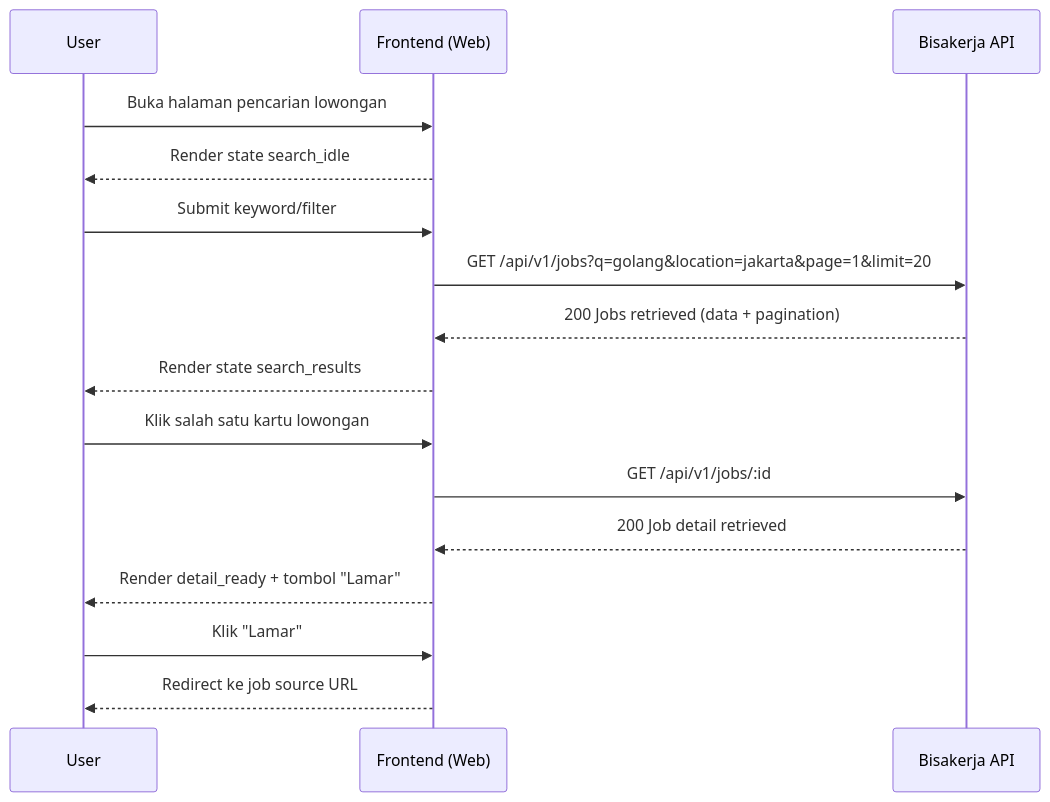
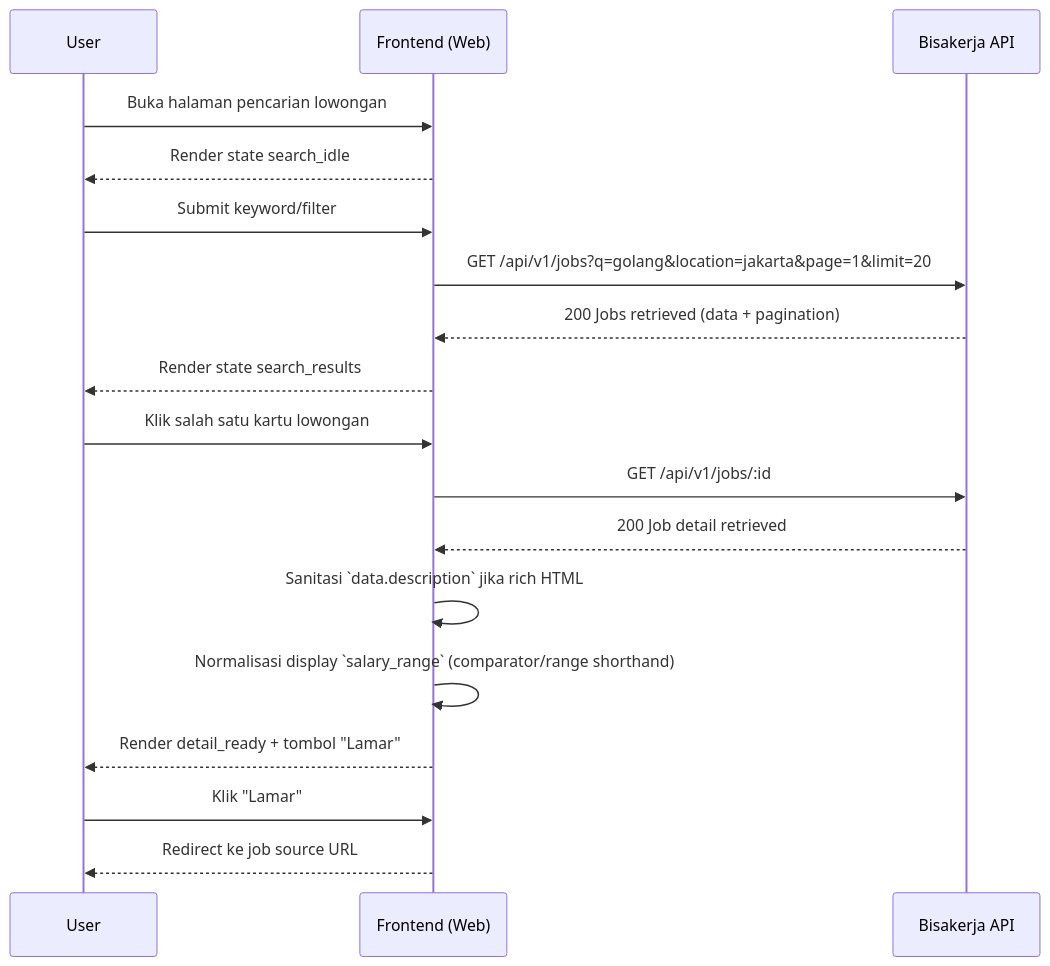
The first of 2 diagrams in docs/frontend/flows/discovery-flow.md (salmanabdurrahman/bisakerja.com), drawn with Mermaid before and after one commit. The commit also changed other lines of this file and 30 other files, not shown here.

First line of the commit message:
feat(jobs): add description sanitization and salary normalization

````diff
--- a/docs/frontend/flows/discovery-flow.md
+++ b/docs/frontend/flows/discovery-flow.md
@@ -9,22 +9,24 @@
 ```mermaid
 sequenceDiagram
   participant U as User
   participant FE as Frontend (Web)
   participant API as Bisakerja API
 
   U->>FE: Buka halaman pencarian lowongan
   FE-->>U: Render state search_idle
 
   U->>FE: Submit keyword/filter
   FE->>API: GET /api/v1/jobs?q=golang&location=jakarta&page=1&limit=20
   API-->>FE: 200 Jobs retrieved (data + pagination)
   FE-->>U: Render state search_results
 
   U->>FE: Klik salah satu kartu lowongan
   FE->>API: GET /api/v1/jobs/:id
   API-->>FE: 200 Job detail retrieved
+  FE->>FE: Sanitasi `data.description` jika rich HTML
+  FE->>FE: Normalisasi display `salary_range` (comparator/range shorthand)
   FE-->>U: Render detail_ready + tombol "Lamar"
 
   U->>FE: Klik "Lamar"
   FE-->>U: Redirect ke job source URL
 ```
````
